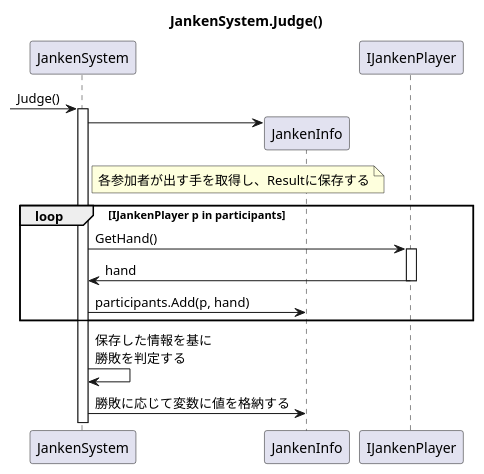
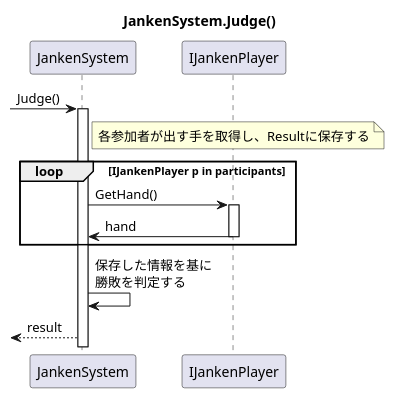
The ninth of 11 diagrams in UML/Sequence/GameSequence.wsd (doragonn777/Minigames), drawn with PlantUML before and after one commit. The commit also changed other lines of this file and 1 other file, not shown here.

```diff
--- a/UML/Sequence/GameSequence.wsd
+++ b/UML/Sequence/GameSequence.wsd
@@ -268,23 +282,20 @@
 @startuml
 title JankenSystem.Judge()
 
 -> JankenSystem : Judge()
 activate JankenSystem
-JankenSystem -> JankenInfo **
 
 note right of JankenSystem : 各参加者が出す手を取得し、Resultに保存する
 loop IJankenPlayer p in participants
 
 JankenSystem -> IJankenPlayer : GetHand()
 activate IJankenPlayer
 
 IJankenPlayer -> JankenSystem : hand
 deactivate IJankenPlayer
 
-JankenSystem -> JankenInfo : participants.Add(p, hand)
-
 end
 
 JankenSystem -> JankenSystem : 保存した情報を基に\n勝敗を判定する
-JankenSystem -> JankenInfo : 勝敗に応じて変数に値を格納する
+<-- JankenSystem : result
 @enduml
```
